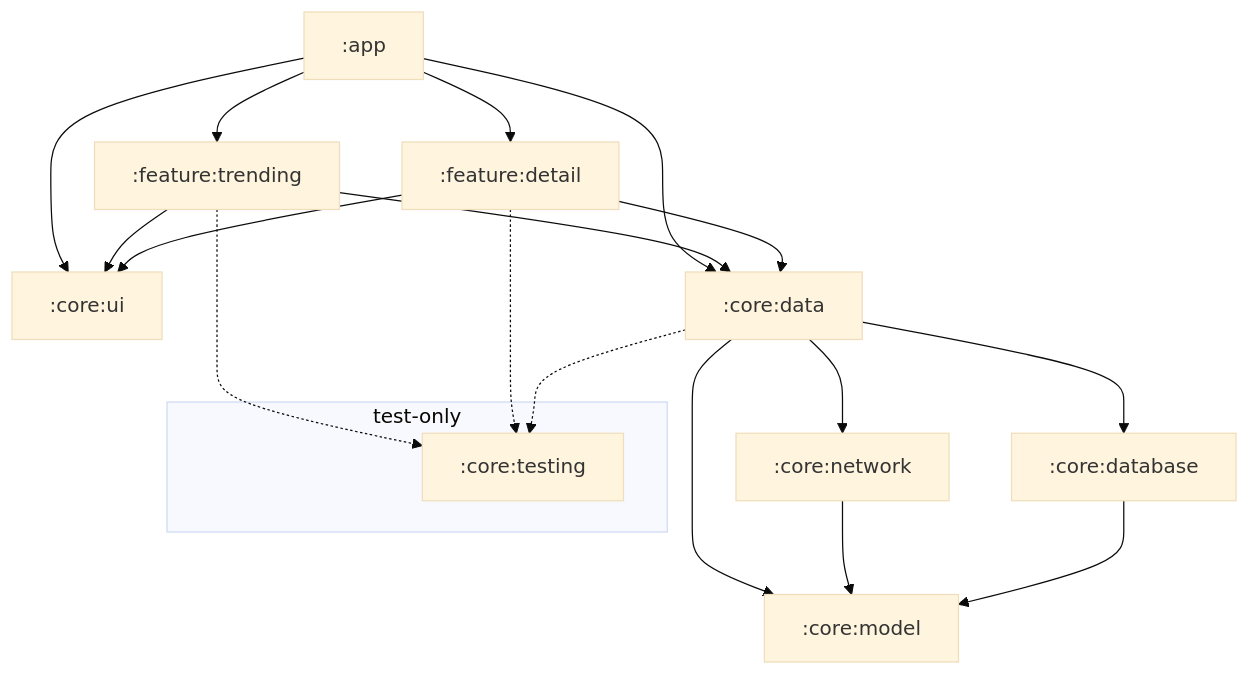
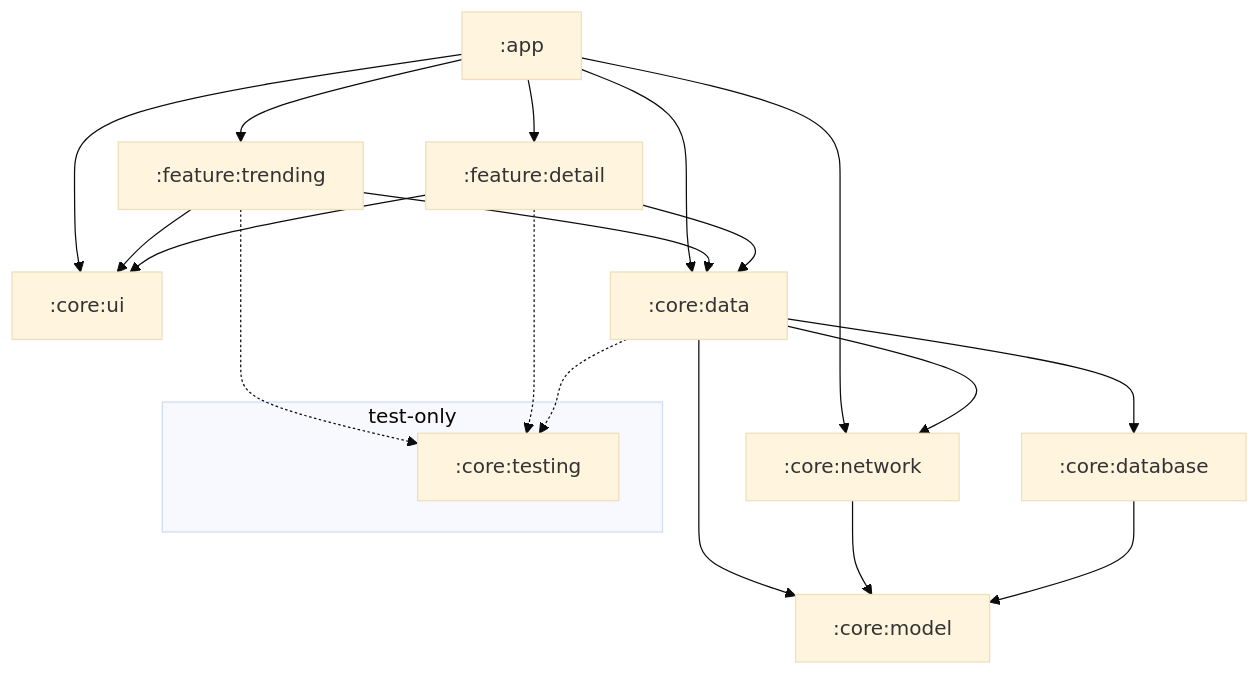
One commit to shayanhimself/AMRO changed the first of 3 diagrams in docs/architecture.md. Above: the diagram before and after it, drawn with Mermaid (base theme). The commit also changed 31 other files, not shown here.

````diff
--- a/docs/architecture.md
+++ b/docs/architecture.md
@@ -12,37 +12,38 @@
 ```mermaid
 graph TD
     app[":app"]
 
     trending[":feature:trending"]
     detail[":feature:detail"]
 
     ui[":core:ui"]
     data[":core:data"]
     network[":core:network"]
     database[":core:database"]
     model[":core:model"]
 
     subgraph TESTONLY["test-only"]
         coreTest[":core:testing"]
     end
 
     app --> trending
     app --> detail
     app --> ui
     app --> data
+    app --> network
 
     trending --> ui
     trending --> data
     detail --> ui
     detail --> data
 
     data --> network
     data --> database
     data --> model
     network --> model
     database --> model
 
     trending -.-> coreTest
     detail -.-> coreTest
     data -.-> coreTest
 ```
````
